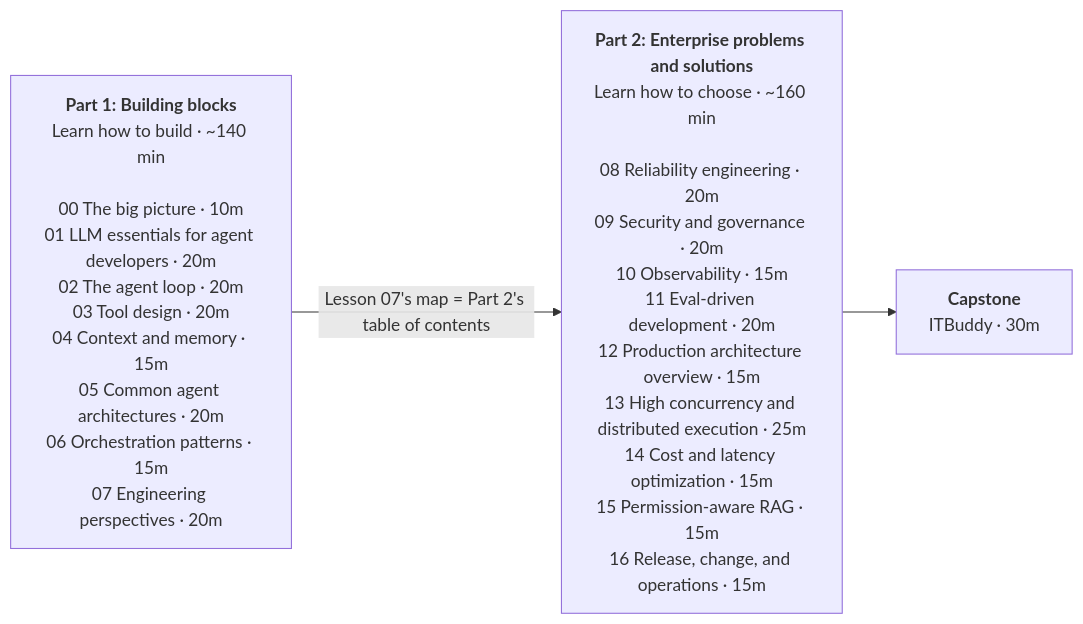
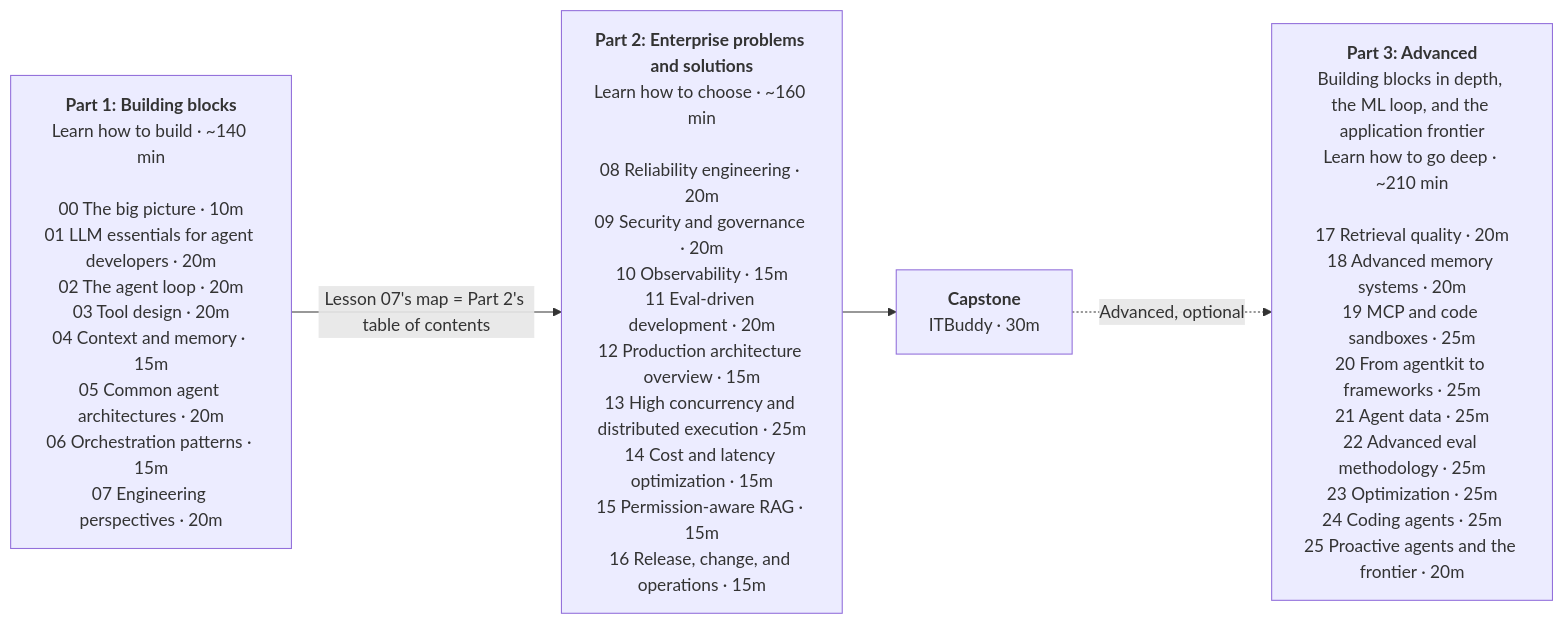
The fifth of 5 diagrams in lessons/00_overview/README.en.md (heaven999b/hello-agent-system), drawn with Mermaid before and after one commit. The commit also changed other lines of this file and 156 other files, not shown here.

First line of the commit message:
feat: Part 3 (lessons 17-25), deeper lessons 01/06/09, capstone eval standard, primary readings

````diff
--- a/lessons/00_overview/README.en.md
+++ b/lessons/00_overview/README.en.md
@@ -174,7 +188,9 @@
 ```mermaid
 flowchart LR
     P1["<b>Part 1: Building blocks</b><br/>Learn how to build · ~140 min<br/><br/>00 The big picture · 10m<br/>01 LLM essentials for agent developers · 20m<br/>02 The agent loop · 20m<br/>03 Tool design · 20m<br/>04 Context and memory · 15m<br/>05 Common agent architectures · 20m<br/>06 Orchestration patterns · 15m<br/>07 Engineering perspectives · 20m"]
     P2["<b>Part 2: Enterprise problems and solutions</b><br/>Learn how to choose · ~160 min<br/><br/>08 Reliability engineering · 20m<br/>09 Security and governance · 20m<br/>10 Observability · 15m<br/>11 Eval-driven development · 20m<br/>12 Production architecture overview · 15m<br/>13 High concurrency and distributed execution · 25m<br/>14 Cost and latency optimization · 15m<br/>15 Permission-aware RAG · 15m<br/>16 Release, change, and operations · 15m"]
     CP["<b>Capstone</b><br/>ITBuddy · 30m"]
+    P3["<b>Part 3: Advanced</b><br/>Building blocks in depth, the ML loop, and the application frontier<br/>Learn how to go deep · ~210 min<br/><br/>17 Retrieval quality · 20m<br/>18 Advanced memory systems · 20m<br/>19 MCP and code sandboxes · 25m<br/>20 From agentkit to frameworks · 25m<br/>21 Agent data · 25m<br/>22 Advanced eval methodology · 25m<br/>23 Optimization · 25m<br/>24 Coding agents · 25m<br/>25 Proactive agents and the frontier · 20m"]
     P1 -->|"Lesson 07's map = Part 2's table of contents"| P2 --> CP
+    CP -.->|"Advanced, optional"| P3
 ```
````
